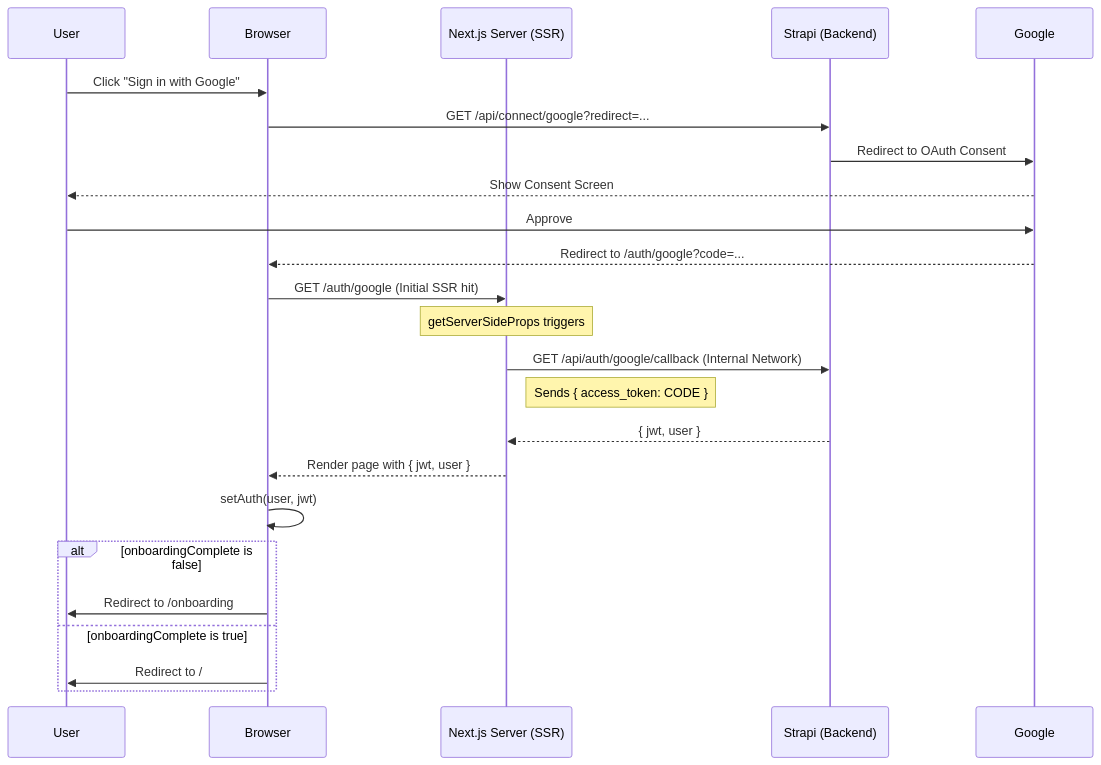
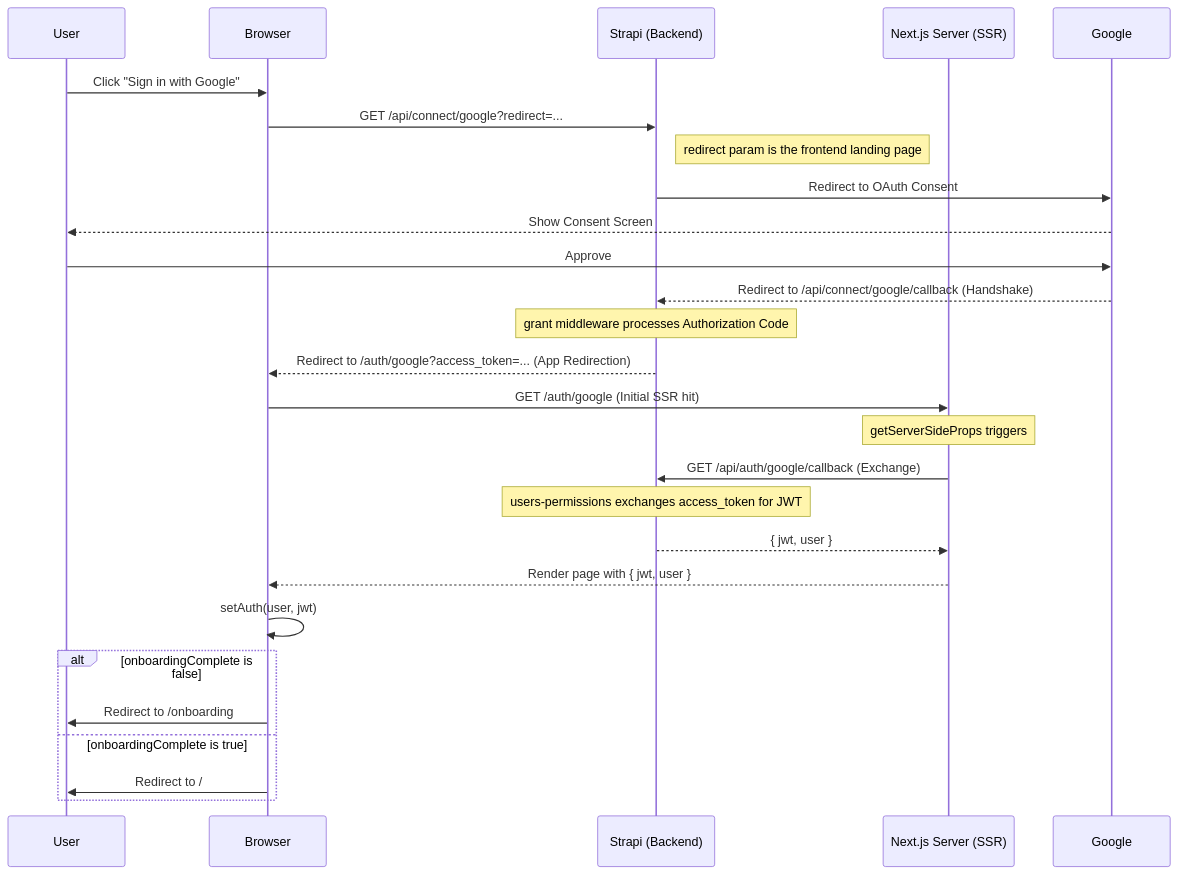
One commit to akvo/science-for-africa changed the diagram in docs/GOOGLE_OAUTH.md. Above: the diagram before and after it, drawn with Mermaid. The commit also changed other lines of this file and 9 other files, not shown here.

Commit message:
[#29] feat(auth): fix google oauth redirects for local and production via bootstrap sync

````diff
--- a/docs/GOOGLE_OAUTH.md
+++ b/docs/GOOGLE_OAUTH.md
@@ -38,27 +38,30 @@
 ```mermaid
 sequenceDiagram
     participant User
     participant Browser
+    participant Strapi as Strapi (Backend)
     participant NextServer as Next.js Server (SSR)
-    participant Strapi as Strapi (Backend)
     participant Google
 
     User->>Browser: Click "Sign in with Google"
     Browser->>Strapi: GET /api/connect/google?redirect=...
+    Note right of Strapi: redirect param is the frontend landing page
     Strapi->>Google: Redirect to OAuth Consent
     Google-->>User: Show Consent Screen
     User->>Google: Approve
-    Google-->>Browser: Redirect to /auth/google?code=...
+    Google-->>Strapi: Redirect to /api/connect/google/callback (Handshake)
+    Note over Strapi: grant middleware processes Authorization Code
+    Strapi-->>Browser: Redirect to /auth/google?access_token=... (App Redirection)
     Browser->>NextServer: GET /auth/google (Initial SSR hit)
     Note over NextServer: getServerSideProps triggers
-    NextServer->>Strapi: GET /api/auth/google/callback (Internal Network)
-    Note right of NextServer: Sends { access_token: CODE }
+    NextServer->>Strapi: GET /api/auth/google/callback (Exchange)
+    Note over Strapi: users-permissions exchanges access_token for JWT
     Strapi-->>NextServer: { jwt, user }
     NextServer-->>Browser: Render page with { jwt, user }
     Browser->>Browser: setAuth(user, jwt)
     alt onboardingComplete is false
         Browser->>User: Redirect to /onboarding
     else onboardingComplete is true
         Browser->>User: Redirect to /
     end
 ```
````
